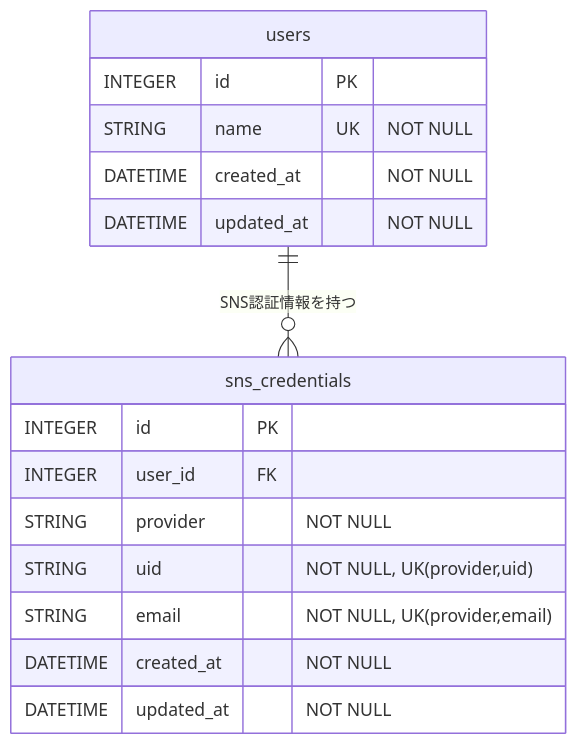
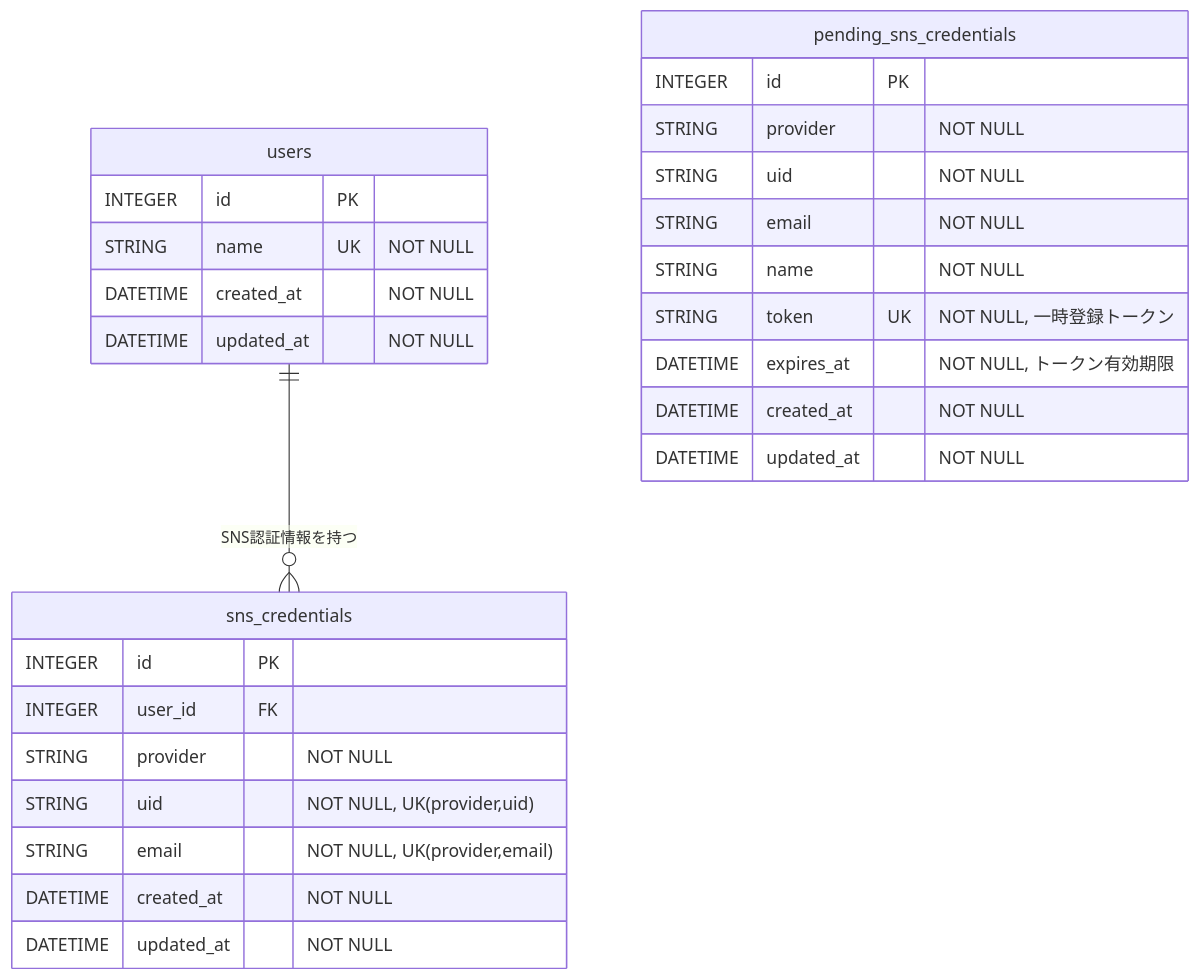
The first of 2 diagrams in docs/authentications/sns_authentication.md (Okunichiyou/rails-blog), drawn with Mermaid before and after one commit. The commit also changed other lines of this file and 1 other file, not shown here.

````diff
--- a/docs/authentications/sns_authentication.md
+++ b/docs/authentications/sns_authentication.md
@@ -8,21 +8,33 @@
 ```mermaid
 erDiagram
   users {
     INTEGER id PK
     STRING name UK "NOT NULL"
     DATETIME created_at "NOT NULL"
     DATETIME updated_at "NOT NULL"
   }
 
   sns_credentials {
     INTEGER id PK
     INTEGER user_id FK
     STRING provider "NOT NULL"
     STRING uid "NOT NULL, UK(provider,uid)"
     STRING email "NOT NULL, UK(provider,email)"
     DATETIME created_at "NOT NULL"
     DATETIME updated_at "NOT NULL"
   }
 
+  pending_sns_credentials {
+    INTEGER id PK
+    STRING provider "NOT NULL"
+    STRING uid "NOT NULL"
+    STRING email "NOT NULL"
+    STRING name "NOT NULL"
+    STRING token UK "NOT NULL, 一時登録トークン"
+    DATETIME expires_at "NOT NULL, トークン有効期限"
+    DATETIME created_at "NOT NULL"
+    DATETIME updated_at "NOT NULL"
+  }
+
   users ||--o{ sns_credentials : "SNS認証情報を持つ"
 ```
````
